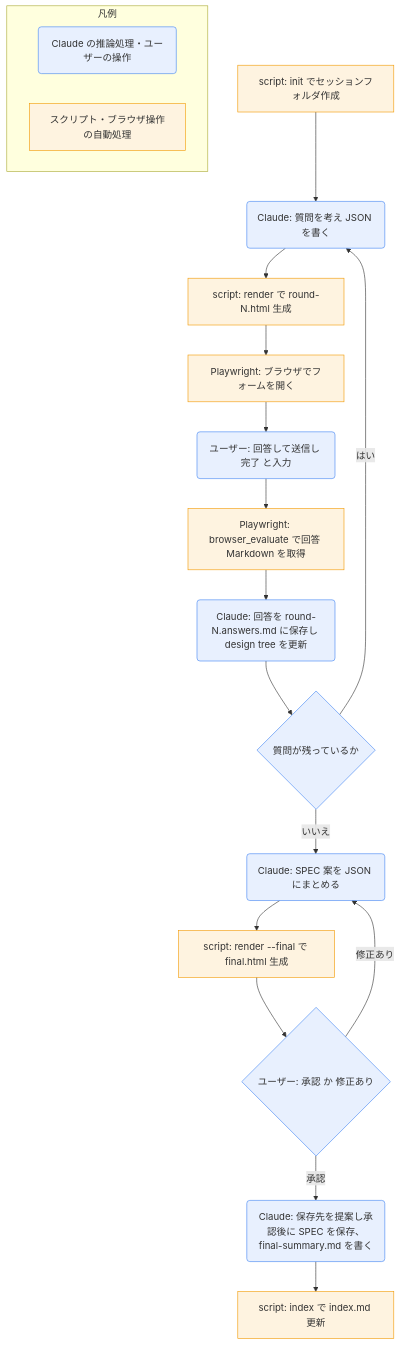
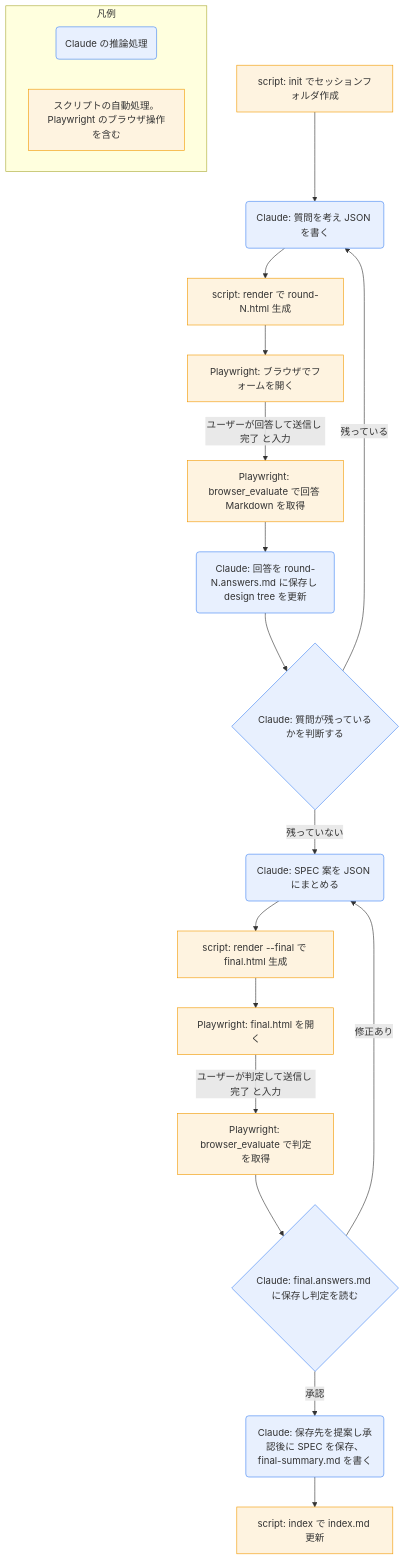
The diagram in 90_system/skill-docs/grilling-html.md (asama0101/obsidian-claude), drawn with Mermaid before and after one commit. The commit also changed other lines of this file and 63 other files, not shown here.

````diff
--- a/90_system/skill-docs/grilling-html.md
+++ b/90_system/skill-docs/grilling-html.md
@@ -33,25 +33,26 @@
 ```mermaid
 flowchart TD
   S1[script: init でセッションフォルダ作成] --> T1(Claude: 質問を考え JSON を書く)
   T1 --> S2[script: render で round-N.html 生成]
   S2 --> B1[Playwright: ブラウザでフォームを開く]
-  B1 --> U1(ユーザー: 回答して送信し 完了 と入力)
-  U1 --> B2[Playwright: browser_evaluate で回答 Markdown を取得]
+  B1 -- ユーザーが回答して送信し 完了 と入力 --> B2[Playwright: browser_evaluate で回答 Markdown を取得]
   B2 --> T2(Claude: 回答を round-N.answers.md に保存し design tree を更新)
-  T2 --> D1{質問が残っているか}
-  D1 -- はい --> T1
-  D1 -- いいえ --> T3(Claude: SPEC 案を JSON にまとめる)
+  T2 --> D1{Claude: 質問が残っているかを判断する}
+  D1 -- 残っている --> T1
+  D1 -- 残っていない --> T3(Claude: SPEC 案を JSON にまとめる)
   T3 --> S3[script: render --final で final.html 生成]
-  S3 --> U2{ユーザー: 承認 か 修正あり}
-  U2 -- 修正あり --> T3
-  U2 -- 承認 --> T4(Claude: 保存先を提案し承認後に SPEC を保存、final-summary.md を書く)
+  S3 --> B3[Playwright: final.html を開く]
+  B3 -- ユーザーが判定して送信し 完了 と入力 --> B4[Playwright: browser_evaluate で判定を取得]
+  B4 --> T5{Claude: final.answers.md に保存し判定を読む}
+  T5 -- 修正あり --> T3
+  T5 -- 承認 --> T4(Claude: 保存先を提案し承認後に SPEC を保存、final-summary.md を書く)
   T4 --> S4[script: index で index.md 更新]
   classDef ai fill:#e8f0fe,stroke:#4285f4
   classDef sc fill:#fef3e0,stroke:#f29900
-  class T1,T2,T3,T4,D1,U1,U2 ai
-  class S1,S2,S3,S4,B1,B2 sc
+  class T1,T2,T3,T4,T5,D1 ai
+  class S1,S2,S3,S4,B1,B2,B3,B4 sc
   subgraph 凡例
-    L1(Claude の推論処理・ユーザーの操作):::ai
-    L2[スクリプト・ブラウザ操作の自動処理]:::sc
+    L1(Claude の推論処理):::ai
+    L2[スクリプトの自動処理。Playwright のブラウザ操作を含む]:::sc
   end
 ```
````
